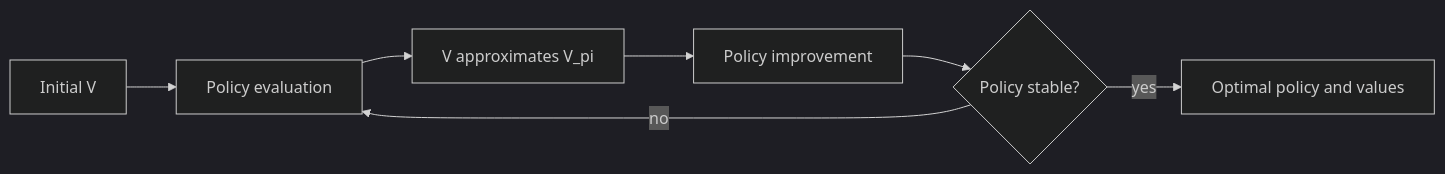
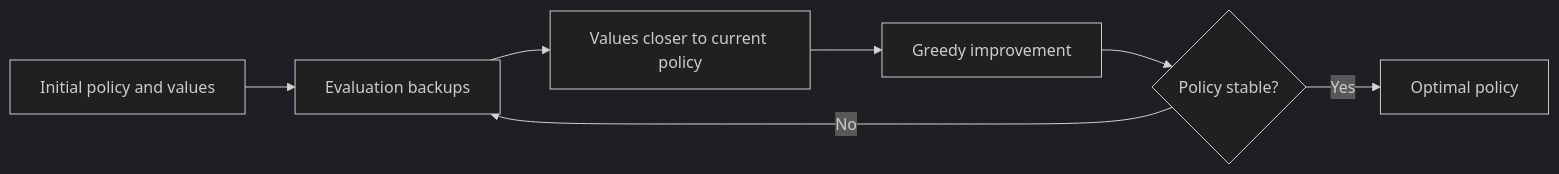
One commit to justinbrianhwang/SJ-wiki changed the diagram in docs/cs/reinforcement-learning/dynamic-programming.md. Above: the diagram before and after it, drawn with Mermaid (dark theme). The commit also changed other lines of this file and 166 other files, not shown here.

````diff
--- a/docs/cs/reinforcement-learning/dynamic-programming.md
+++ b/docs/cs/reinforcement-learning/dynamic-programming.md
@@ -70,9 +123,9 @@
 ```mermaid
 flowchart LR
-  V0[Initial V] --> Eval[Policy evaluation]
-  Eval --> Vpi[V approximates V_pi]
-  Vpi --> Improve[Policy improvement]
-  Improve --> Stable{"Policy stable?"}
-  Stable -->|no| Eval
-  Stable -->|yes| Optimal[Optimal policy and values]
+  A[Initial policy and values] --> B[Evaluation backups]
+  B --> C[Values closer to current policy]
+  C --> D[Greedy improvement]
+  D --> E{"Policy stable?"}
+  E -- No --> B
+  E -- Yes --> F[Optimal policy]
 ```
````
